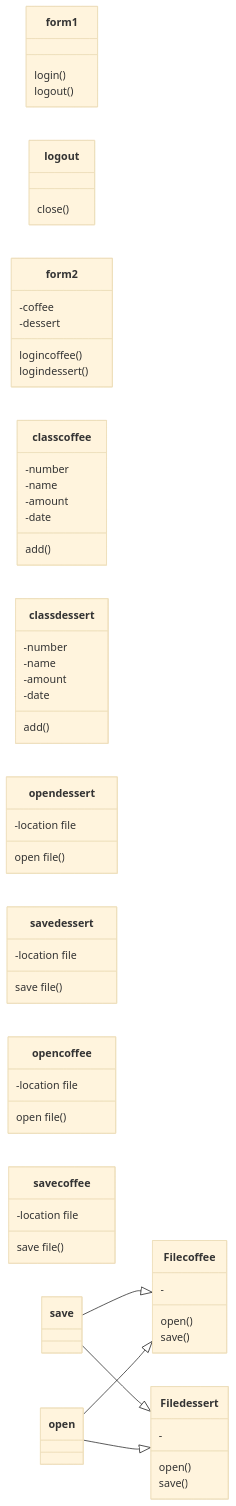
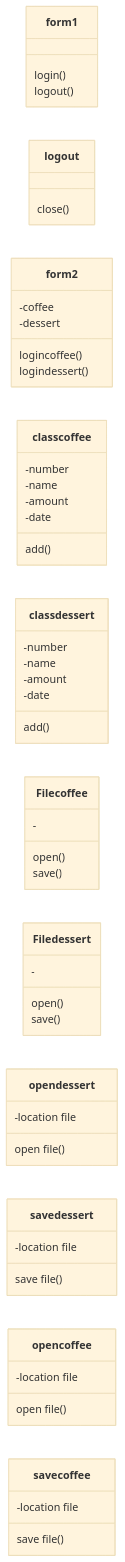
The diagram in README.md (Syxsaran/ReportSalesCoffee), drawn with Mermaid (base theme) before and after one commit.

````diff
--- a/README.md
+++ b/README.md
@@ -11,61 +11,58 @@
 ```mermaid
 classDiagram
   direction LR
   class form1{
   login()
   logout()
   }
   class logout{
   close()
   }
   class form2{
   -coffee
   -dessert
   logincoffee()
   logindessert()
   }
   class classcoffee{
   -number
   -name
   -amount
   -date
   add()
   }
   class classdessert{
   -number
   -name
   -amount
   -date
   add()
   }
   class Filecoffee{
   -
   open()
   save()
   }
   class Filedessert{
   -
   open()
   save()
   }
   class opendessert{
   -location file
   open file()
   }
   class savedessert{
   -location file
   save file()
   }
   class opencoffee{
   -location file
   open file()
   }
   class savecoffee{
   -location file
   save file()
   }
-  save --|> Filecoffee
-  open --|> Filecoffee
-  save --|> Filedessert
-  open --|> Filedessert
+  
   ```
````
